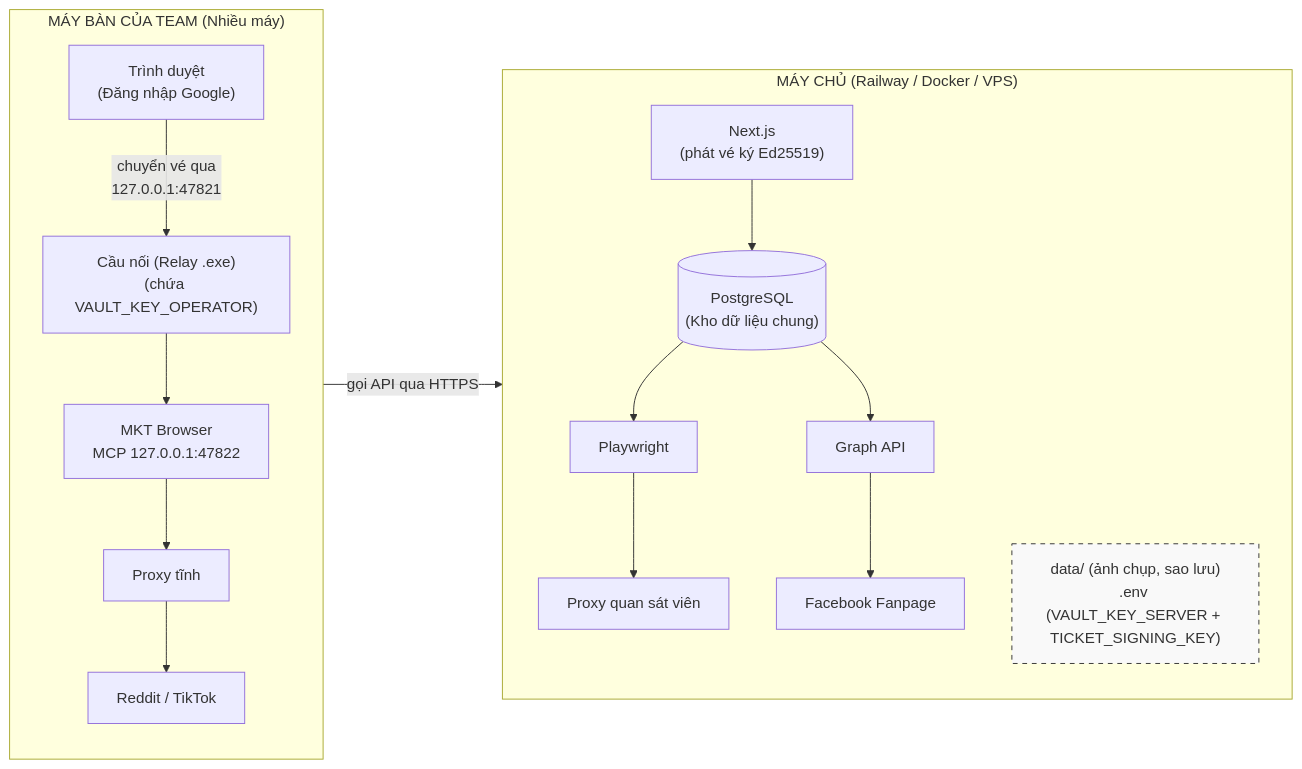
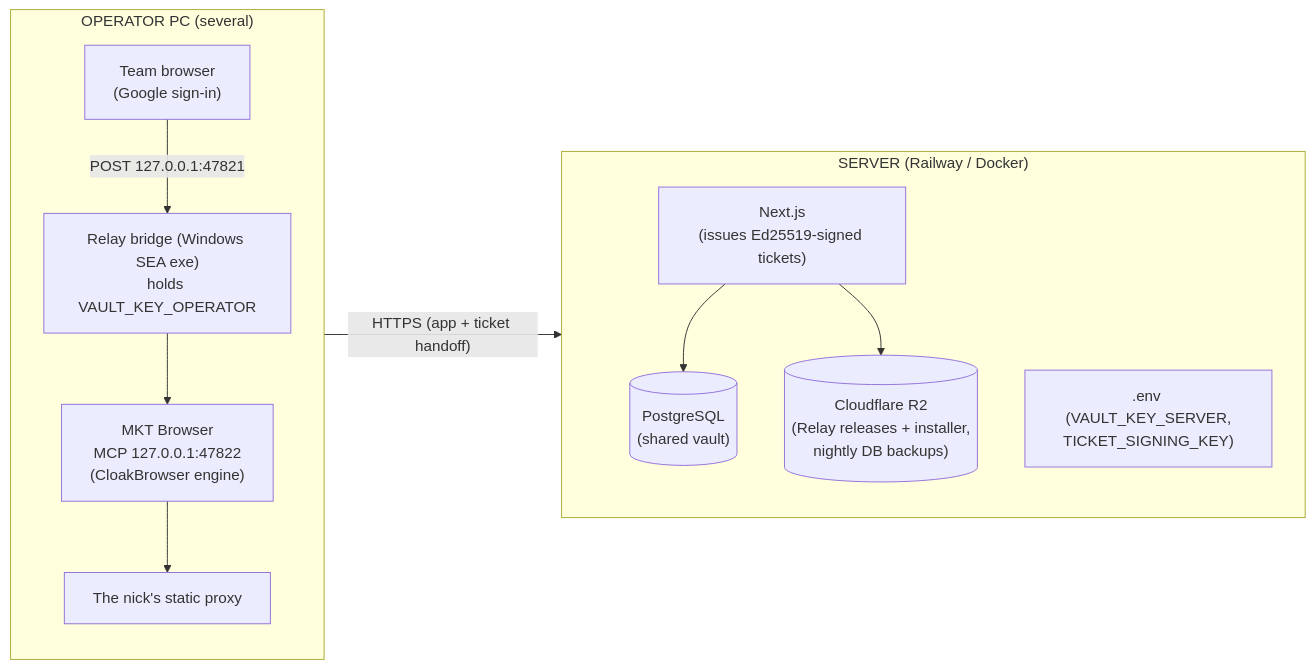
The diagram in docs/system-architecture.md (FinanceBullkk/MKTTool), drawn with Mermaid before and after one commit. The commit also changed other lines of this file and 19 other files, not shown here.

````diff
--- a/docs/system-architecture.md
+++ b/docs/system-architecture.md
@@ -36,37 +13,27 @@
 ```mermaid
 flowchart LR
-    subgraph Server["MÁY CHỦ (Railway / Docker / VPS)"]
+    subgraph Server["SERVER (Railway / Docker)"]
         direction TB
-        NextJS["Next.js<br/>(phát vé ký Ed25519)"]
-        DB[("PostgreSQL<br/>(Kho dữ liệu chung)")]
-        Playwright["Playwright"]
-        ProxyQuanSat["Proxy quan sát viên"]
-        GraphAPI["Graph API"]
-        FB["Facebook Fanpage"]
-        Config["data/ (ảnh chụp, sao lưu)<br/>.env (VAULT_KEY_SERVER + TICKET_SIGNING_KEY)"]
+        NextJS["Next.js<br/>(issues Ed25519-signed tickets)"]
+        DB[("PostgreSQL<br/>(shared vault)")]
+        R2[("Cloudflare R2<br/>(Relay releases + installer,<br/>nightly DB backups)")]
+        Env[".env (VAULT_KEY_SERVER,<br/>TICKET_SIGNING_KEY)"]
 
         NextJS --> DB
-        DB --> Playwright
-        Playwright --> ProxyQuanSat
-        DB --> GraphAPI
-        GraphAPI --> FB
-
-        style Config fill:#f9f9f9,stroke:#333,stroke-dasharray: 5 5
+        NextJS --> R2
     end
 
-    subgraph Client["MÁY BÀN CỦA TEAM (Nhiều máy)"]
+    subgraph Client["OPERATOR PC (several)"]
         direction TB
-        Browser["Trình duyệt<br/>(Đăng nhập Google)"]
-        Relay["Cầu nối (Relay .exe)<br/>(chứa VAULT_KEY_OPERATOR)"]
-        MktBrowser["MKT Browser<br/>MCP 127.0.0.1:47822"]
-        ProxyTinh["Proxy tĩnh"]
-        Reddit["Reddit / TikTok"]
+        Browser["Team browser<br/>(Google sign-in)"]
+        Relay["Relay bridge (Windows SEA exe)<br/>holds VAULT_KEY_OPERATOR"]
+        MktBrowser["MKT Browser<br/>MCP 127.0.0.1:47822<br/>(CloakBrowser engine)"]
+        ProxyTinh["The nick's static proxy"]
 
-        Browser -- "chuyển vé qua<br/>127.0.0.1:47821" --> Relay
+        Browser -- "POST 127.0.0.1:47821" --> Relay
         Relay --> MktBrowser
         MktBrowser --> ProxyTinh
-        ProxyTinh --> Reddit
     end
 
-    Browser -- "gọi API qua HTTPS" --> NextJS
+    Browser -- "HTTPS (app + ticket handoff)" --> NextJS
 ```
````
